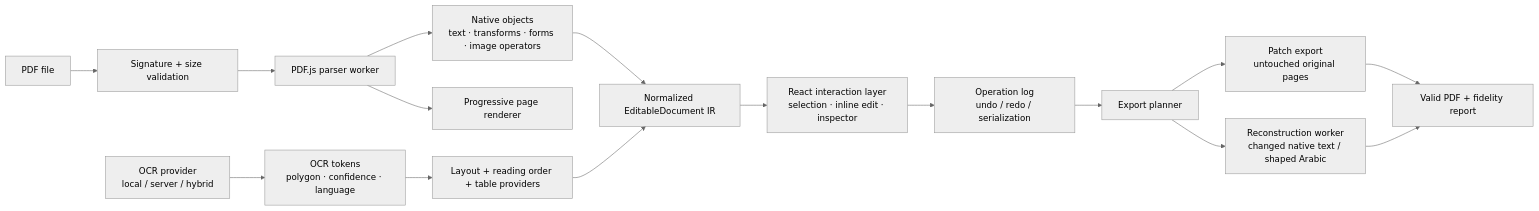
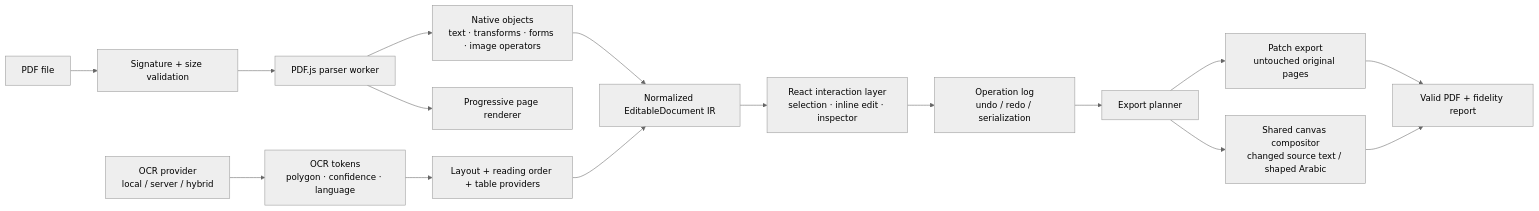
Before and after one commit to AnasSarkiz/pdf-editor: the diagram in docs/ARCHITECTURE.md, drawn with Mermaid (neutral theme). The commit also changed other lines of this file and 20 other files, not shown here.

````diff
--- a/docs/ARCHITECTURE.md
+++ b/docs/ARCHITECTURE.md
@@ -22,18 +22,18 @@
 ```mermaid
 flowchart LR
   A["PDF file"] --> B["Signature + size validation"]
   B --> C["PDF.js parser worker"]
   C --> D["Native objects\ntext · transforms · forms · image operators"]
   C --> E["Progressive page renderer"]
   D --> F["Normalized EditableDocument IR"]
   G["OCR provider\nlocal / server / hybrid"] --> H["OCR tokens\npolygon · confidence · language"]
   H --> I["Layout + reading order + table providers"]
   I --> F
   F --> J["React interaction layer\nselection · inline edit · inspector"]
   J --> K["Operation log\nundo / redo / serialization"]
   K --> L["Export planner"]
   L --> M["Patch export\nuntouched original pages"]
-  L --> N["Reconstruction worker\nchanged native text / shaped Arabic"]
+  L --> N["Shared canvas compositor\nchanged source text / shaped Arabic"]
   M --> O["Valid PDF + fidelity report"]
   N --> O
 ```
````
